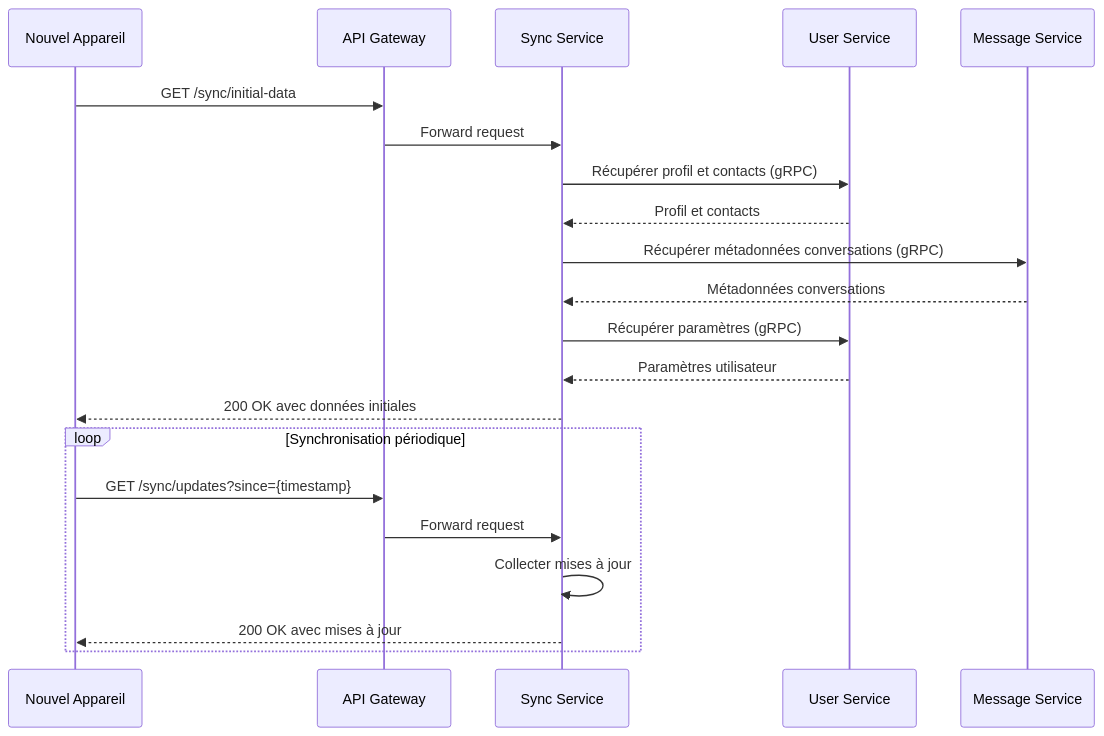
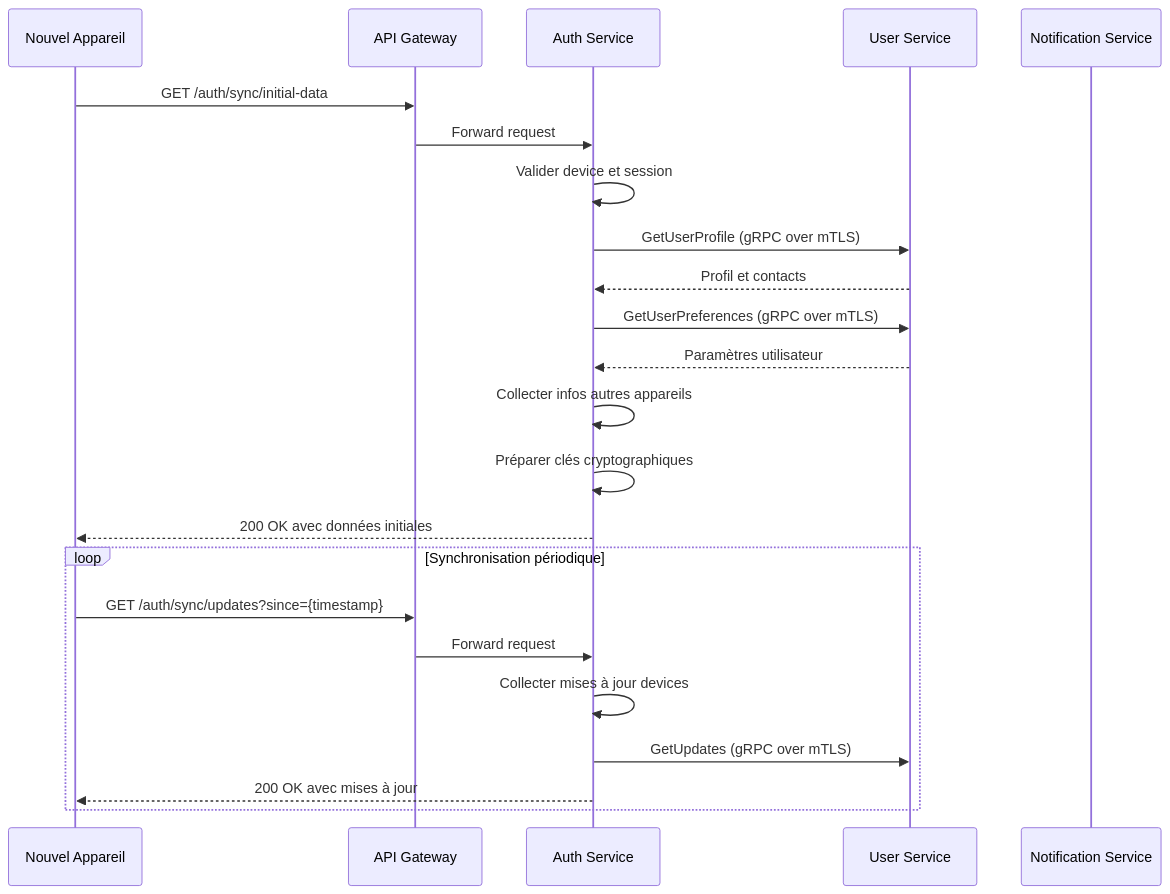
The seventh of 10 diagrams in documentation/2_fonctional_specs/3_devices_management.md (whispr-messenger/auth-service), drawn with Mermaid before and after one commit. The commit also changed other lines of this file and 4 other files, not shown here.

Commit message:
📝 Update devices data managed by auth service

````diff
--- a/documentation/2_fonctional_specs/3_devices_management.md
+++ b/documentation/2_fonctional_specs/3_devices_management.md
@@ -268,29 +437,31 @@
 ```mermaid
 sequenceDiagram
     participant NewDevice as Nouvel Appareil
     participant APIGateway as API Gateway
-    participant SyncService as Sync Service
+    participant AuthService as Auth Service
     participant UserService as User Service
-    participant MessageService as Message Service
+    participant NotificationService as Notification Service
     
-    NewDevice->>APIGateway: GET /sync/initial-data
-    APIGateway->>SyncService: Forward request
+    NewDevice->>APIGateway: GET /auth/sync/initial-data
+    APIGateway->>AuthService: Forward request
     
-    SyncService->>UserService: Récupérer profil et contacts (gRPC)
-    UserService-->>SyncService: Profil et contacts
+    AuthService->>AuthService: Valider device et session
+    AuthService->>UserService: GetUserProfile (gRPC over mTLS)
+    UserService-->>AuthService: Profil et contacts
     
-    SyncService->>MessageService: Récupérer métadonnées conversations (gRPC)
-    MessageService-->>SyncService: Métadonnées conversations
+    AuthService->>UserService: GetUserPreferences (gRPC over mTLS)
+    UserService-->>AuthService: Paramètres utilisateur
     
-    SyncService->>UserService: Récupérer paramètres (gRPC)
-    UserService-->>SyncService: Paramètres utilisateur
+    AuthService->>AuthService: Collecter infos autres appareils
+    AuthService->>AuthService: Préparer clés cryptographiques
     
-    SyncService-->>NewDevice: 200 OK avec données initiales
+    AuthService-->>NewDevice: 200 OK avec données initiales
     
     loop Synchronisation périodique
-        NewDevice->>APIGateway: GET /sync/updates?since={timestamp}
-        APIGateway->>SyncService: Forward request
-        SyncService->>SyncService: Collecter mises à jour
-        SyncService-->>NewDevice: 200 OK avec mises à jour
+        NewDevice->>APIGateway: GET /auth/sync/updates?since={timestamp}
+        APIGateway->>AuthService: Forward request
+        AuthService->>AuthService: Collecter mises à jour devices
+        AuthService->>UserService: GetUpdates (gRPC over mTLS)
+        AuthService-->>NewDevice: 200 OK avec mises à jour
     end
 ```
````
